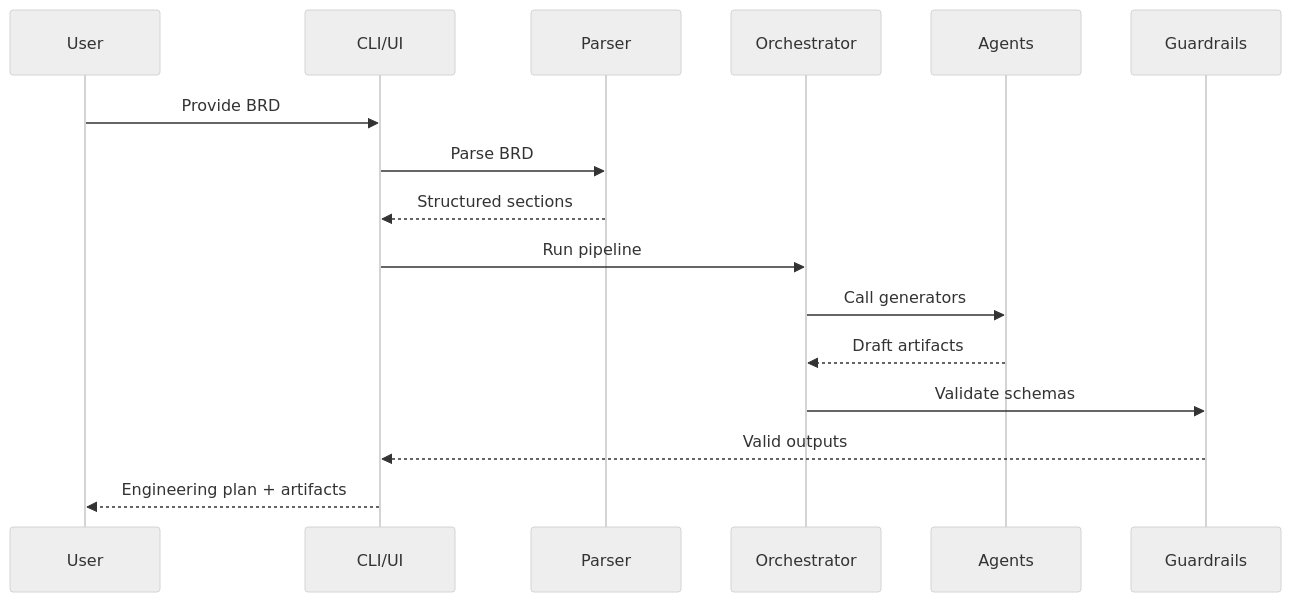
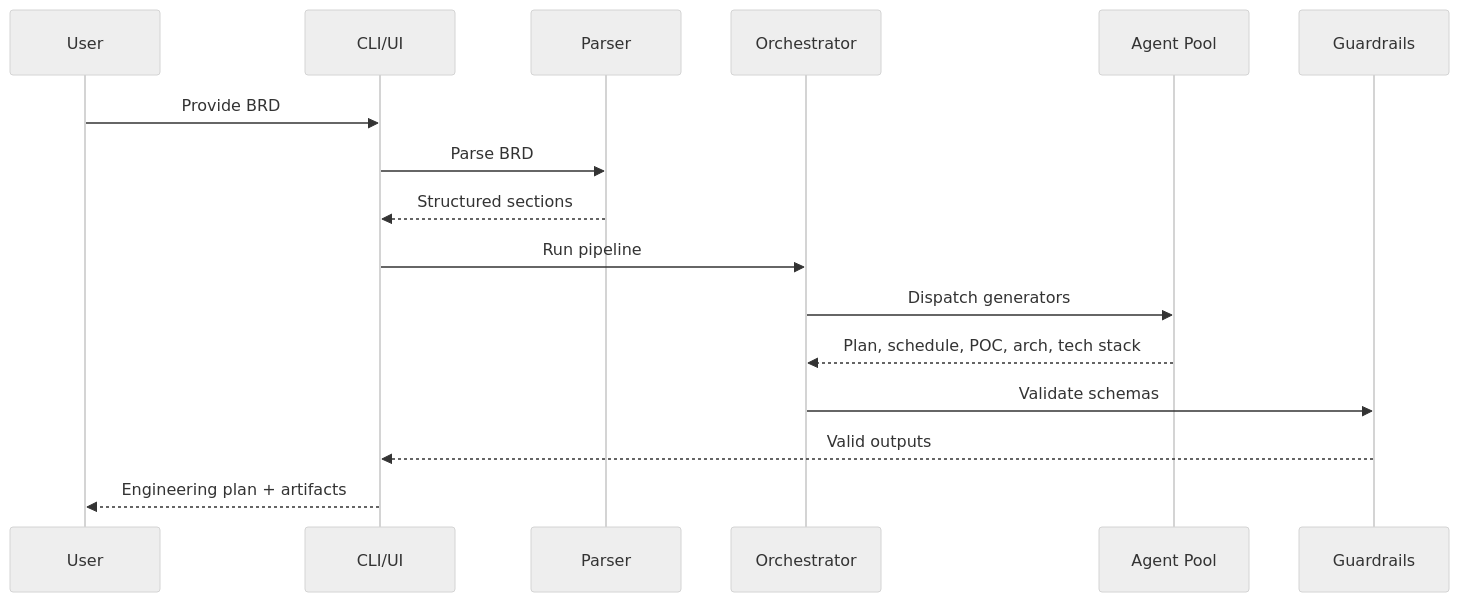
The second of 2 diagrams in README.md (sachingill/BRDProcessor), drawn with Mermaid (neutral theme) before and after one commit. The commit also changed other lines of this file, not shown here.

First line of the commit message:
Clarify multi-agent diagrams

````diff
--- a/README.md
+++ b/README.md
@@ -36,18 +45,18 @@
 ```mermaid
 sequenceDiagram
   participant U as User
   participant C as CLI/UI
   participant P as Parser
   participant O as Orchestrator
-  participant A as Agents
+  participant A as Agent Pool
   participant G as Guardrails
   U->>C: Provide BRD
   C->>P: Parse BRD
   P-->>C: Structured sections
   C->>O: Run pipeline
-  O->>A: Call generators
-  A-->>O: Draft artifacts
+  O->>A: Dispatch generators
+  A-->>O: Plan, schedule, POC, arch, tech stack
   O->>G: Validate schemas
   G-->>C: Valid outputs
   C-->>U: Engineering plan + artifacts
 ```
````
